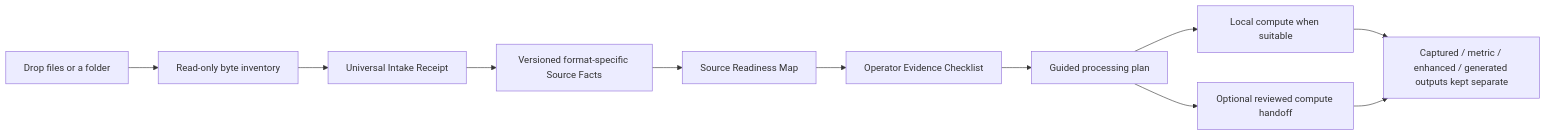
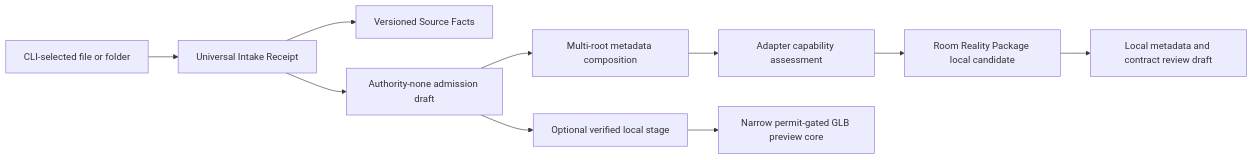
Before and after one commit to codemaker66/omnitwin: the diagram in docs/architecture/reconstruction-foundry.md, drawn with Mermaid. The commit also changed other lines of this file and 109 other files, not shown here.

````diff
--- a/docs/architecture/reconstruction-foundry.md
+++ b/docs/architecture/reconstruction-foundry.md
@@ -17,13 +32,12 @@
 ```mermaid
 flowchart LR
-  A["Drop files or a folder"] --> B["Read-only byte inventory"]
-  B --> C["Universal Intake Receipt"]
-  C --> D["Versioned format-specific Source Facts"]
-  D --> E["Source Readiness Map"]
-  E --> F["Operator Evidence Checklist"]
-  F --> G["Guided processing plan"]
-  G --> H["Local compute when suitable"]
-  G --> I["Optional reviewed compute handoff"]
-  H --> J["Captured / metric / enhanced / generated outputs kept separate"]
-  I --> J
+  A["CLI-selected file or folder"] --> B["Universal Intake Receipt"]
+  B --> C["Versioned Source Facts"]
+  B --> D["Authority-none admission draft"]
+  D --> E["Optional verified local stage"]
+  D --> F["Multi-root metadata composition"]
+  F --> G["Adapter capability assessment"]
+  G --> H["Room Reality Package local candidate"]
+  H --> I["Local metadata and contract review draft"]
+  E --> J["Narrow permit-gated GLB preview core"]
 ```
````
